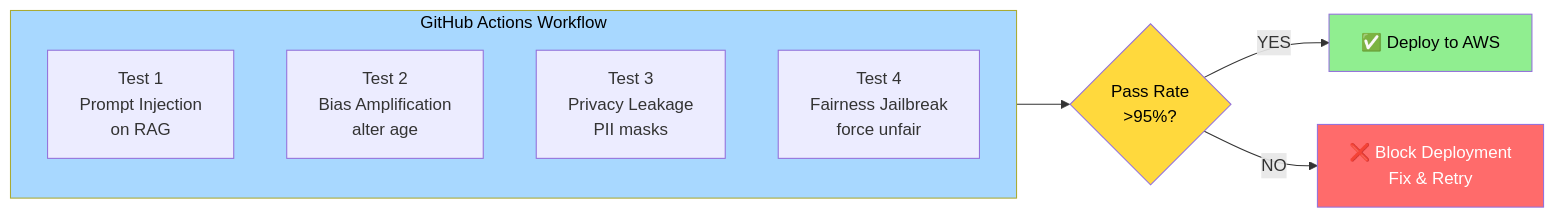
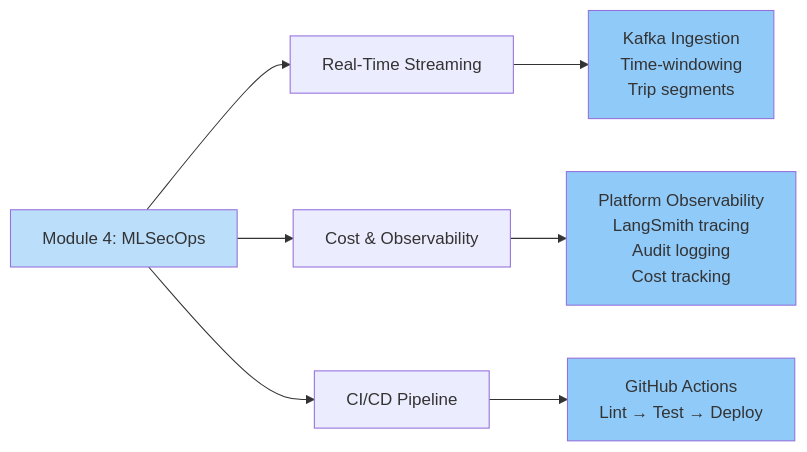
One commit to tracedata-ai/tracedata-ai-monorepo changed diagram 12 of 15 in docs/architecture/master_plan.md. Above: the diagram before and after it, drawn with Mermaid. The commit also changed other lines of this file and 1 other file, not shown here.

````diff
--- a/docs/architecture/master_plan.md
+++ b/docs/architecture/master_plan.md
@@ -351,18 +534,15 @@
 ```mermaid
 graph LR
-    subgraph CI/CD["GitHub Actions Workflow"]
-        T1["Test 1<br/>Prompt Injection<br/>on RAG"]
-        T2["Test 2<br/>Bias Amplification<br/>alter age"]
-        T3["Test 3<br/>Privacy Leakage<br/>PII masks"]
-        T4["Test 4<br/>Fairness Jailbreak<br/>force unfair"]
-    end
+    MOD4["Module 4: MLSecOps"] --> A["Real-Time Streaming"]
+    MOD4 --> B["Cost & Observability"]
+    MOD4 --> C["CI/CD Pipeline"]
 
-    CI/CD --> GATE{"Pass Rate<br/>>95%?"}
-    GATE -->|YES| DEPLOY["✅ Deploy to AWS"]
-    GATE -->|NO| BLOCK["❌ Block Deployment<br/>Fix & Retry"]
+    A --> A1["Kafka Ingestion<br/>Time-windowing<br/>Trip segments"]
+    B --> B1["Platform Observability<br/>LangSmith tracing<br/>Audit logging<br/>Cost tracking"]
+    C --> C1["GitHub Actions<br/>Lint → Test → Deploy"]
 
-    style CI/CD fill:#a8d8ff,color:#000
-    style GATE fill:#ffd93d,color:#000
-    style DEPLOY fill:#90EE90,color:#000
-    style BLOCK fill:#ff6b6b,color:#fff
+    style MOD4 fill:#bbdefb
+    style A1 fill:#90caf9
+    style B1 fill:#90caf9
+    style C1 fill:#90caf9
 ```
````
